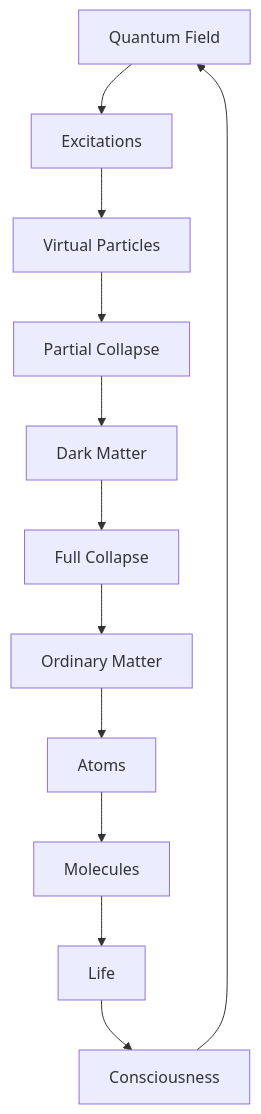
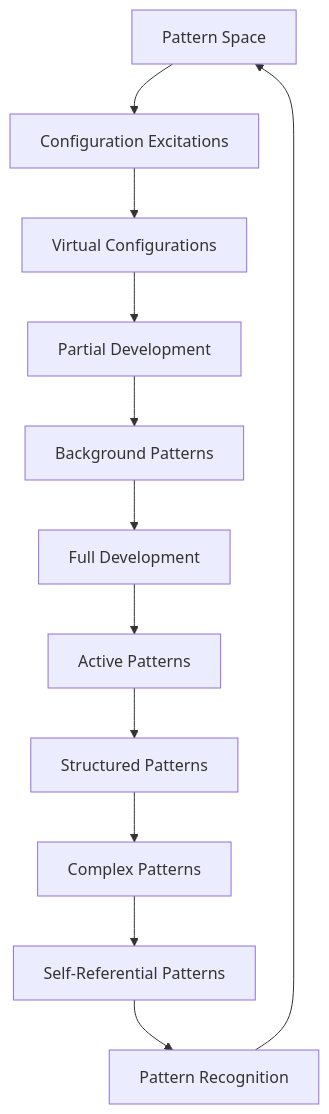
Before and after one commit to loning/the-phys: the first of 2 diagrams in docs/psi-structum/book-1-collapse-ontology/part-04-quantum-gravity/chapter-060-dark-matter-uncollapsed.md, drawn with Mermaid. The commit also changed other lines of this file and 19 other files, not shown here.

````diff
--- a/docs/psi-structum/book-1-collapse-ontology/part-04-quantum-gravity/chapter-060-dark-matter-uncollapsed.md
+++ b/docs/psi-structum/book-1-collapse-ontology/part-04-quantum-gravity/chapter-060-dark-matter-uncollapsed.md
@@ -73,14 +81,14 @@
 ```mermaid
 graph TD
-    A[Quantum Field] --> B[Excitations]
-    B --> C[Virtual Particles]
-    C --> D[Partial Collapse]
-    D --> E[Dark Matter]
-    E --> F[Full Collapse]
-    F --> G[Ordinary Matter]
-    G --> H[Atoms]
-    H --> I[Molecules]
-    I --> J[Life]
-    J --> K[Consciousness]
+    A[Pattern Space] --> B[Configuration Excitations]
+    B --> C[Virtual Configurations]
+    C --> D[Partial Development]
+    D --> E[Background Patterns]
+    E --> F[Full Development]
+    F --> G[Active Patterns]
+    G --> H[Structured Patterns]
+    H --> I[Complex Patterns]
+    I --> J[Self-Referential Patterns]
+    J --> K[Pattern Recognition]
     K --> A
 ```
````
